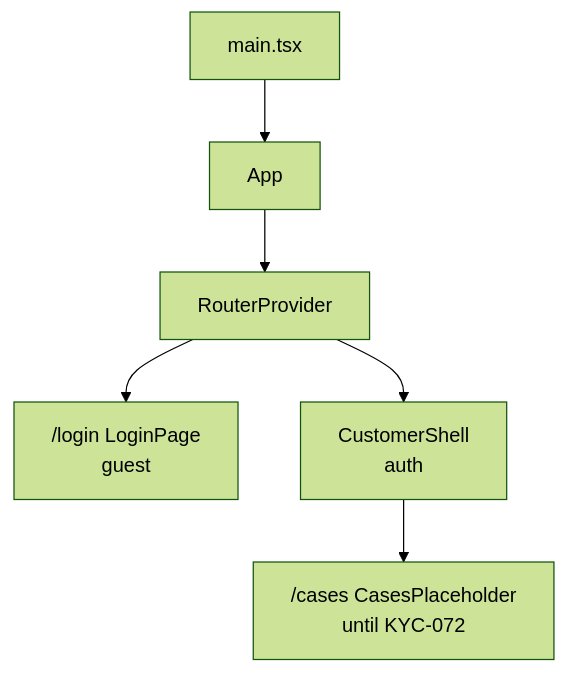
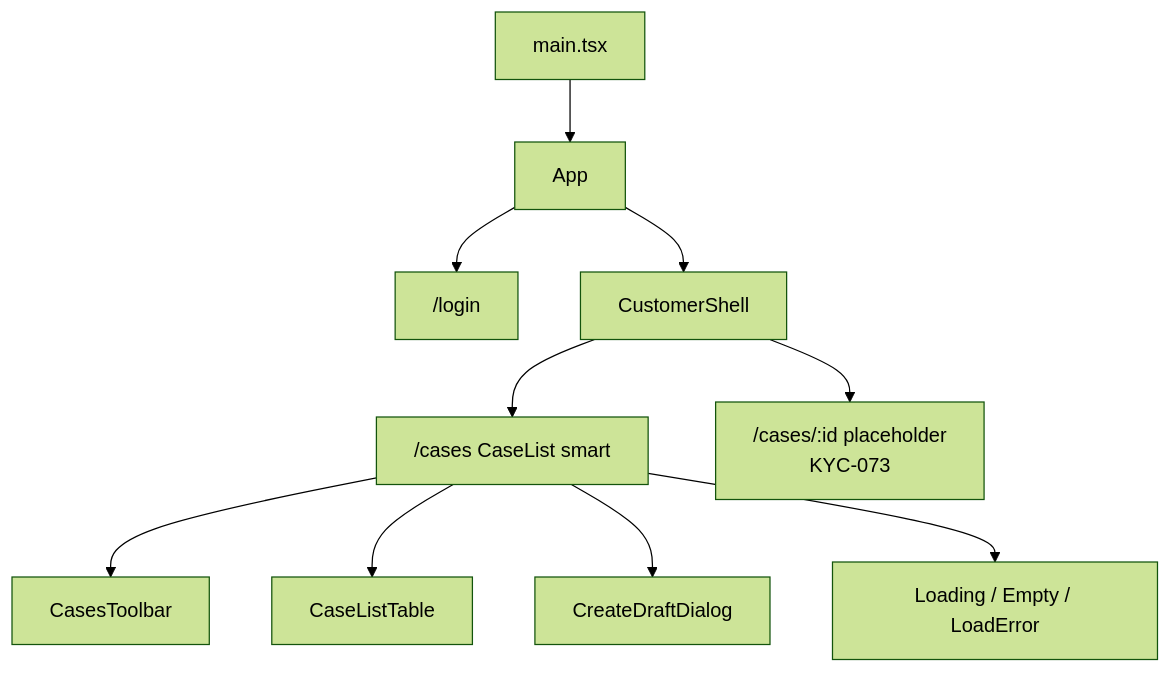
Before and after one commit to SDS37/kyc-multi-frontend: the diagram in apps/react-customer/README.md, drawn with Mermaid (forest theme). The commit also changed other lines of this file and 29 other files, not shown here.

First line of the commit message:
feat(react): KYC-072 my cases list and create draft (#101)

````diff
--- a/apps/react-customer/README.md
+++ b/apps/react-customer/README.md
@@ -43,8 +41,12 @@
 ```mermaid
 flowchart TB
   Main["main.tsx"] --> App["App"]
-  App --> Router["RouterProvider"]
-  Router --> Login["/login LoginPage<br/>guest"]
-  Router --> Shell["CustomerShell<br/>auth"]
-  Shell --> Cases["/cases CasesPlaceholder<br/>until KYC-072"]
+  App --> Login["/login"]
+  App --> Shell["CustomerShell"]
+  Shell --> Cases["/cases CaseList smart"]
+  Shell --> Draft["/cases/:id placeholder<br/>KYC-073"]
+  Cases --> Toolbar["CasesToolbar"]
+  Cases --> Table["CaseListTable"]
+  Cases --> Dialog["CreateDraftDialog"]
+  Cases --> Status["Loading / Empty / LoadError"]
 ```
````
